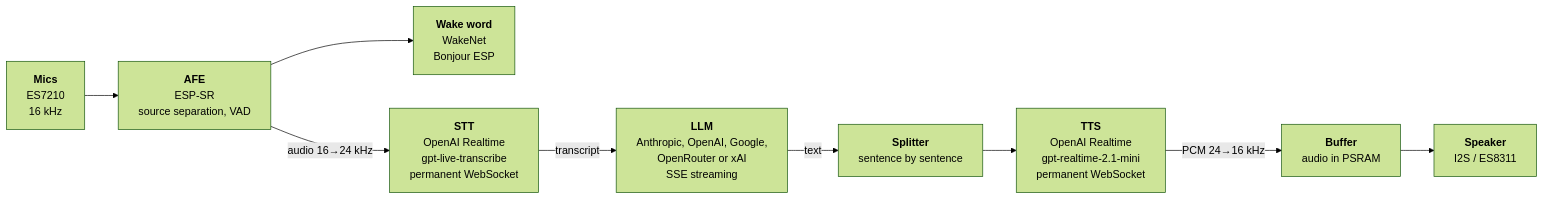
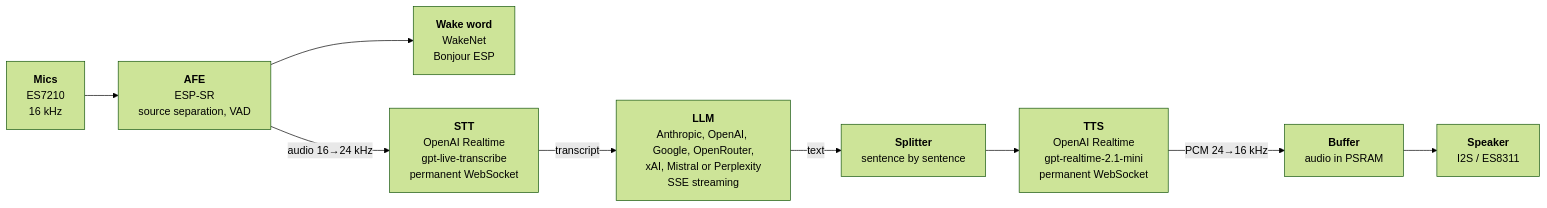
The diagram in README.md (vletroye/ESP32-S3-Voice-Assistant), drawn with Mermaid (forest theme) before and after one commit. The commit also changed other lines of this file and 56 other files, not shown here.

````diff
--- a/README.md
+++ b/README.md
@@ -160,11 +168,11 @@
 ```mermaid
 flowchart LR
     MIC["<b>Mics</b><br/>ES7210<br/>16 kHz"] --> AFE["<b>AFE</b><br/>ESP-SR<br/>source separation, VAD"]
     AFE --> WN["<b>Wake word</b><br/>WakeNet<br/>Bonjour ESP"]
     AFE -->|audio 16→24 kHz| STT["<b>STT</b><br/>OpenAI Realtime<br/>gpt-live-transcribe<br/>permanent WebSocket"]
-    STT -->|transcript| LLM["<b>LLM</b><br/>Anthropic, OpenAI, Google,<br/>OpenRouter or xAI<br/>SSE streaming"]
+    STT -->|transcript| LLM["<b>LLM</b><br/>Anthropic, OpenAI, Google, OpenRouter,<br/>xAI, Mistral or Perplexity<br/>SSE streaming"]
     LLM -->|text| SPL["<b>Splitter</b><br/>sentence by sentence"]
     SPL --> TTS["<b>TTS</b><br/>OpenAI Realtime<br/>gpt-realtime-2.1-mini<br/>permanent WebSocket"]
     TTS -->|PCM 24→16 kHz| BUF["<b>Buffer</b><br/>audio in PSRAM"]
     BUF --> SPK["<b>Speaker</b><br/>I2S / ES8311"]
 ```
````
